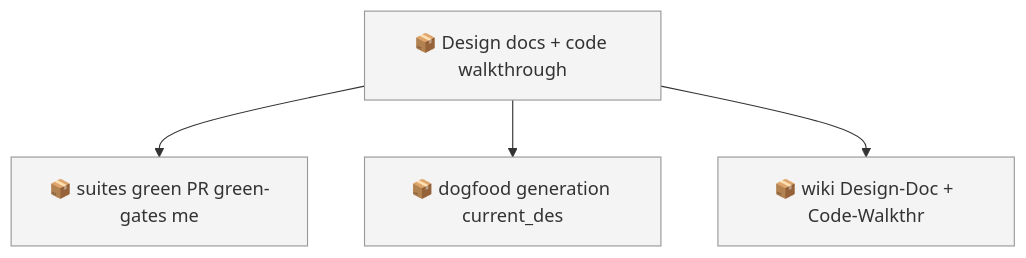
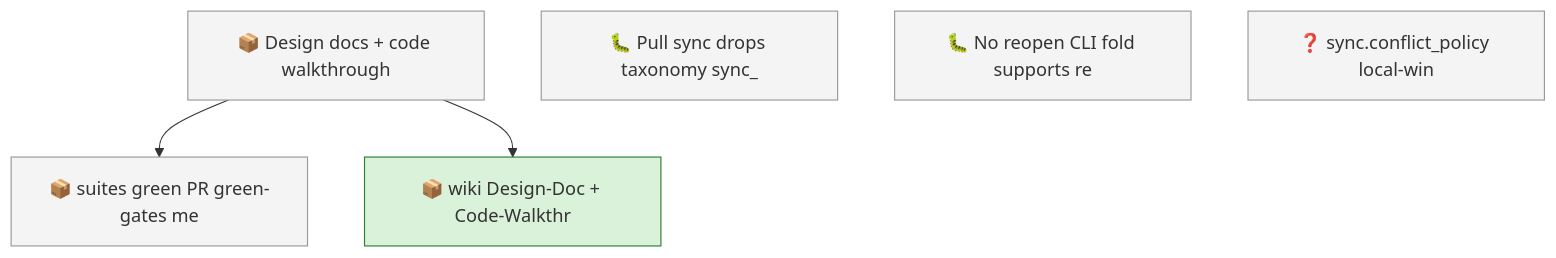
Before and after one commit to SpillwaveSolutions/wiki_ticket_sdd: the first of 2 diagrams in docs/roadmap.md, drawn with Mermaid. The commit also changed other lines of this file and 5 other files, not shown here.

First line of the commit message:
docs: first design doc + code walkthrough generation (v0.11.0, dogfood)

````diff
--- a/docs/roadmap.md
+++ b/docs/roadmap.md
@@ -38,12 +52,15 @@
 ```mermaid
 graph TD
     01KXY7X0QH47Z6B5QZD5G052FJ["📦 Design docs + code walkthrough"]
     01KXY7X0QJ79852RFK5Q8F6FZM["📦 suites green PR green-gates me"]
-    01KXY7X0QJQHZBCSCR438RFFMM["📦 dogfood generation current_des"]
     01KXY7X0QJY4JZWYYF2CA46B9G["📦 wiki Design-Doc + Code-Walkthr"]
+    01KXY8V5WZJ4E76B3D39KW5DCE["🐛 Pull sync drops taxonomy sync_"]
+    01KXY8V62QH1H1V70M0Y08ARXX["🐛 No reopen CLI fold supports re"]
+    01KXY8V686YPK4ET2XFB2KW2RX["❓ sync.conflict_policy local-win"]
     01KXY7X0QH47Z6B5QZD5G052FJ --> 01KXY7X0QJ79852RFK5Q8F6FZM
-    01KXY7X0QH47Z6B5QZD5G052FJ --> 01KXY7X0QJQHZBCSCR438RFFMM
     01KXY7X0QH47Z6B5QZD5G052FJ --> 01KXY7X0QJY4JZWYYF2CA46B9G
     classDef todo fill:#f4f4f4,stroke:#999999
-    class 01KXY7X0QH47Z6B5QZD5G052FJ,01KXY7X0QJ79852RFK5Q8F6FZM,01KXY7X0QJQHZBCSCR438RFFMM,01KXY7X0QJY4JZWYYF2CA46B9G todo
+    class 01KXY7X0QH47Z6B5QZD5G052FJ,01KXY7X0QJ79852RFK5Q8F6FZM,01KXY8V5WZJ4E76B3D39KW5DCE,01KXY8V62QH1H1V70M0Y08ARXX,01KXY8V686YPK4ET2XFB2KW2RX todo
+    classDef in_progress fill:#d9f2d9,stroke:#2e7d32
+    class 01KXY7X0QJY4JZWYYF2CA46B9G in_progress
 ```
````
